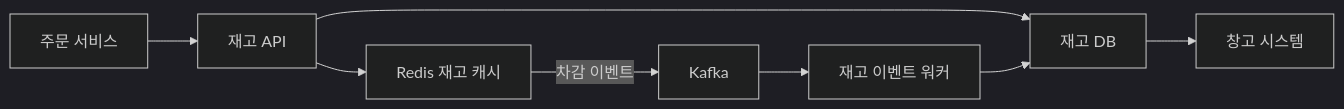
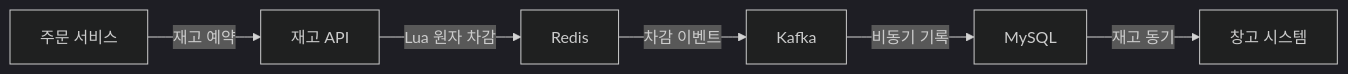
One commit to yjkim2015/yjkim2015.github.io changed the first of 3 diagrams in _posts/systemdesign/2026-05-11-system-design-inventory.md. Above: the diagram before and after it, drawn with Mermaid (dark theme). The commit also changed other lines of this file and 4 other files, not shown here.

````diff
--- a/_posts/systemdesign/2026-05-11-system-design-inventory.md
+++ b/_posts/systemdesign/2026-05-11-system-design-inventory.md
@@ -136,10 +141,8 @@
 ```mermaid
 graph LR
-    A[주문 서비스] --> B[재고 API]
-    B --> C[Redis 재고 캐시]
-    B --> D[재고 DB]
-    C -->|차감 이벤트| E[Kafka]
-    E --> F[재고 이벤트 워커]
-    F --> D
-    D --> G[창고 시스템]
+    A[주문 서비스] -->|재고 예약| B[재고 API]
+    B -->|Lua 원자 차감| C[Redis]
+    C -->|차감 이벤트| D[Kafka]
+    D -->|비동기 기록| E[MySQL]
+    E -->|재고 동기| F[창고 시스템]
 ```
````
